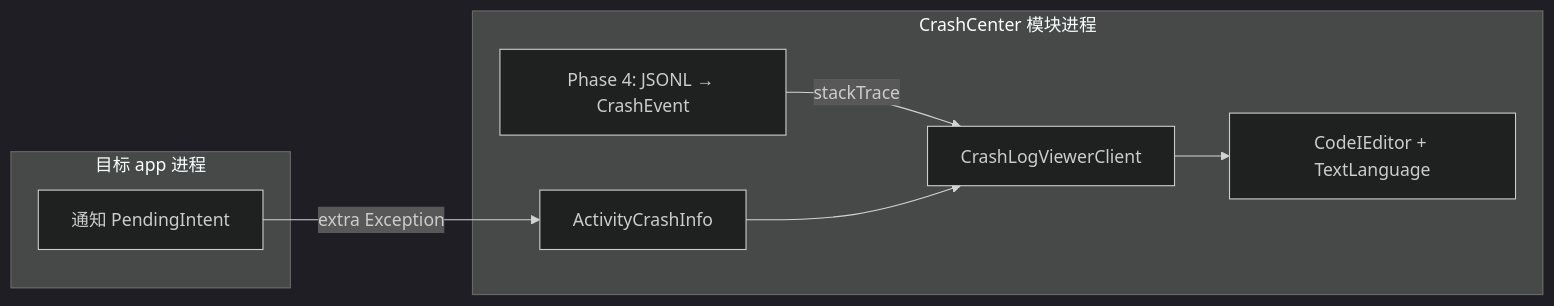
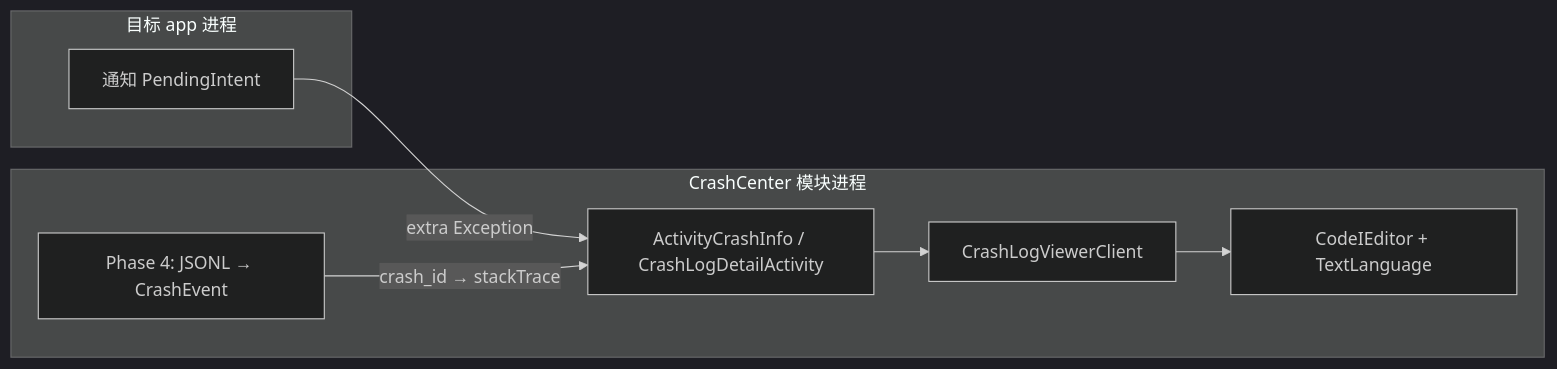
The diagram in docs/architecture/code-editor-porting.md (TIIEHenry/CrashCenter), drawn with Mermaid (dark theme) before and after one commit. The commit also changed other lines of this file and 33 other files, not shown here.

First line of the commit message:
docs: Phase 3/4 UI shell, managed apps, crash observability architecture

````diff
--- a/docs/architecture/code-editor-porting.md
+++ b/docs/architecture/code-editor-porting.md
@@ -218,16 +231,16 @@
 ```mermaid
 flowchart LR
     subgraph hook [目标 app 进程]
         N[通知 PendingIntent]
     end
     subgraph module [CrashCenter 模块进程]
-        A[ActivityCrashInfo]
+        A[ActivityCrashInfo / CrashLogDetailActivity]
         C[CrashLogViewerClient]
         E[CodeIEditor + TextLanguage]
         J[Phase 4: JSONL → CrashEvent]
     end
     N -->|extra Exception| A
-    J -->|stackTrace| C
+    J -->|crash_id → stackTrace| A
     A --> C
     C --> E
 ```
````
